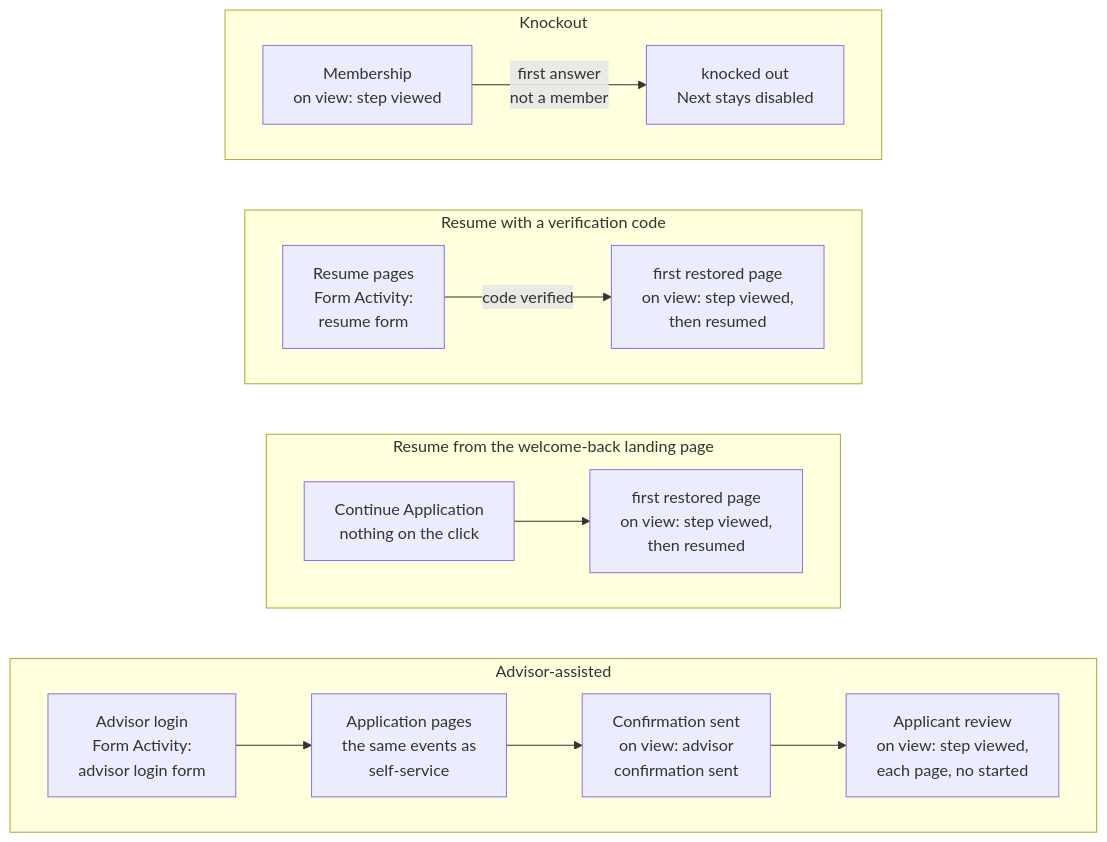
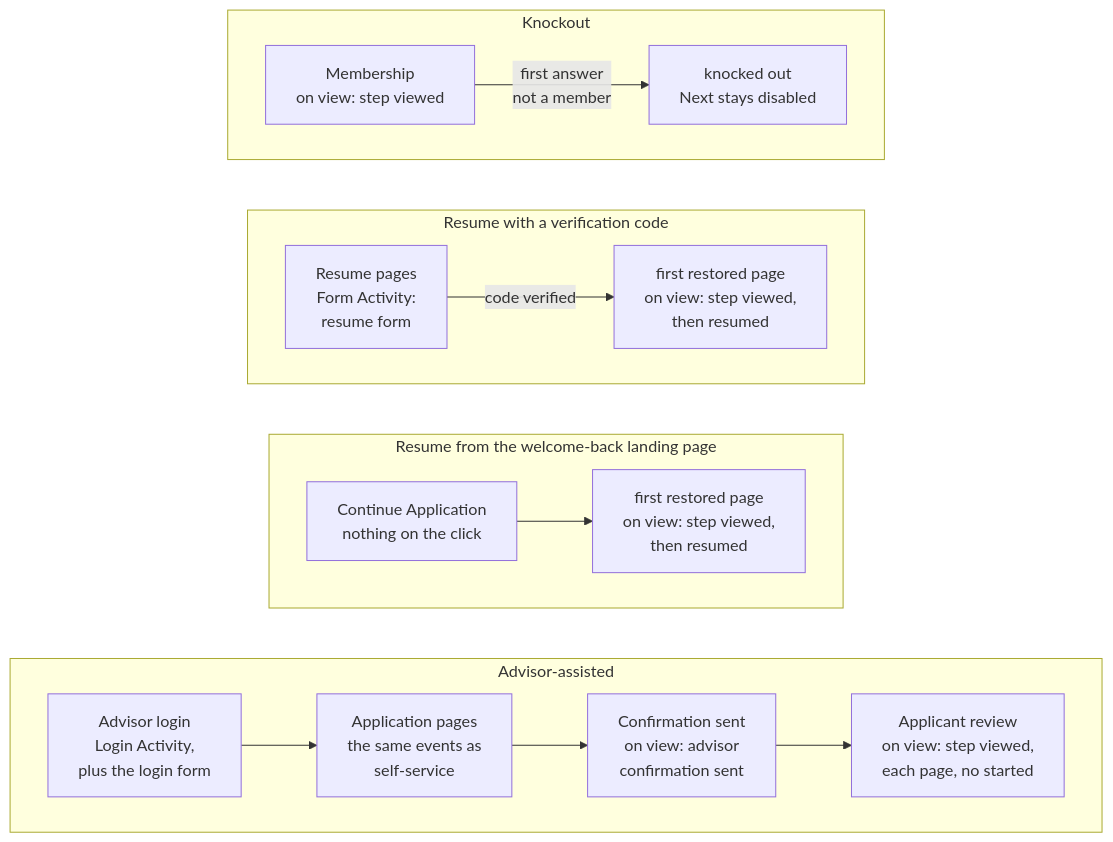
One commit to further-external/client-nyl-gmad-dl-spec changed the second of 2 diagrams in application-journey.md. Above: the diagram before and after it, drawn with Mermaid. The commit also changed 9 other files, not shown here.

````diff
--- a/application-journey.md
+++ b/application-journey.md
@@ -57,20 +57,20 @@
 ```mermaid
 flowchart TB
   subgraph KO["Knockout"]
     direction LR
     K1["Membership<br/>on view: step viewed"] -->|"first answer<br/>not a member"| K2["knocked out<br/>Next stays disabled"]
   end
   subgraph RC["Resume with a verification code"]
     direction LR
     R1["Resume pages<br/>Form Activity:<br/>resume form"] -->|"code verified"| R2["first restored page<br/>on view: step viewed,<br/>then resumed"]
   end
   subgraph WB["Resume from the welcome-back landing page"]
     direction LR
     W1["Continue Application<br/>nothing on the click"] --> W2["first restored page<br/>on view: step viewed,<br/>then resumed"]
   end
   subgraph AD["Advisor-assisted"]
     direction LR
-    A1["Advisor login<br/>Form Activity:<br/>advisor login form"] --> A2["Application pages<br/>the same events as<br/>self-service"] --> A3["Confirmation sent<br/>on view: advisor<br/>confirmation sent"] --> A4["Applicant review<br/>on view: step viewed,<br/>each page, no started"]
+    A1["Advisor login<br/>Login Activity,<br/>plus the login form"] --> A2["Application pages<br/>the same events as<br/>self-service"] --> A3["Confirmation sent<br/>on view: advisor<br/>confirmation sent"] --> A4["Applicant review<br/>on view: step viewed,<br/>each page, no started"]
   end
   KO ~~~ RC ~~~ WB ~~~ AD
 ```
````
